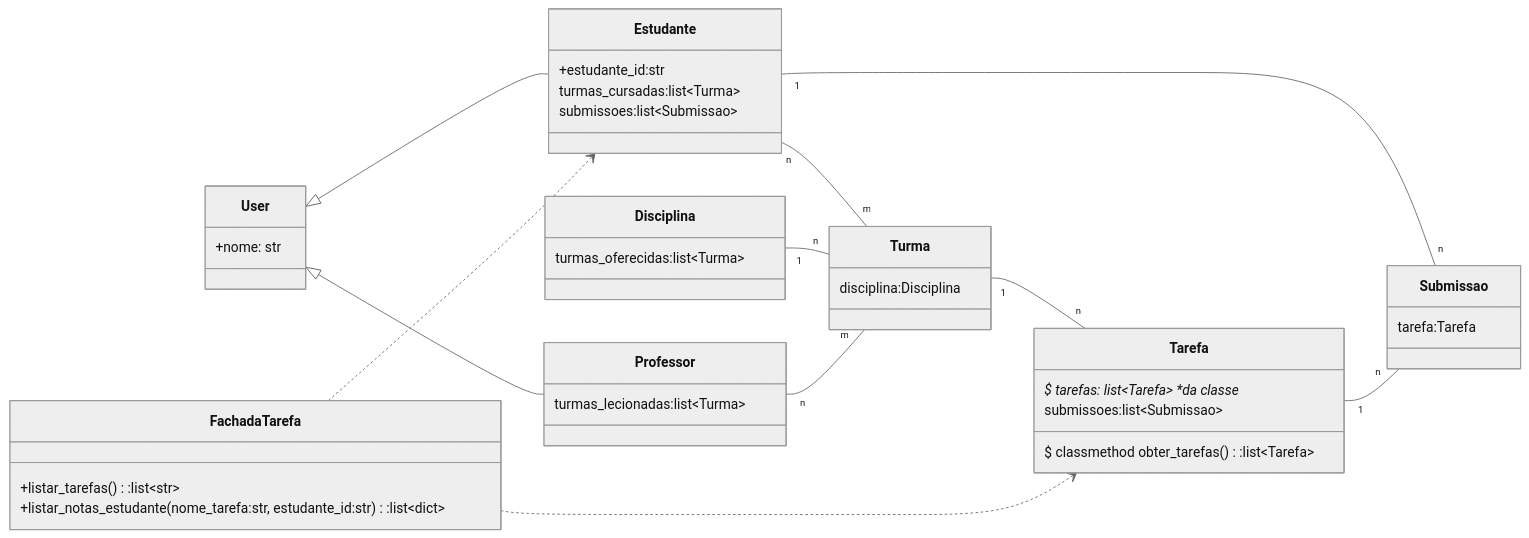
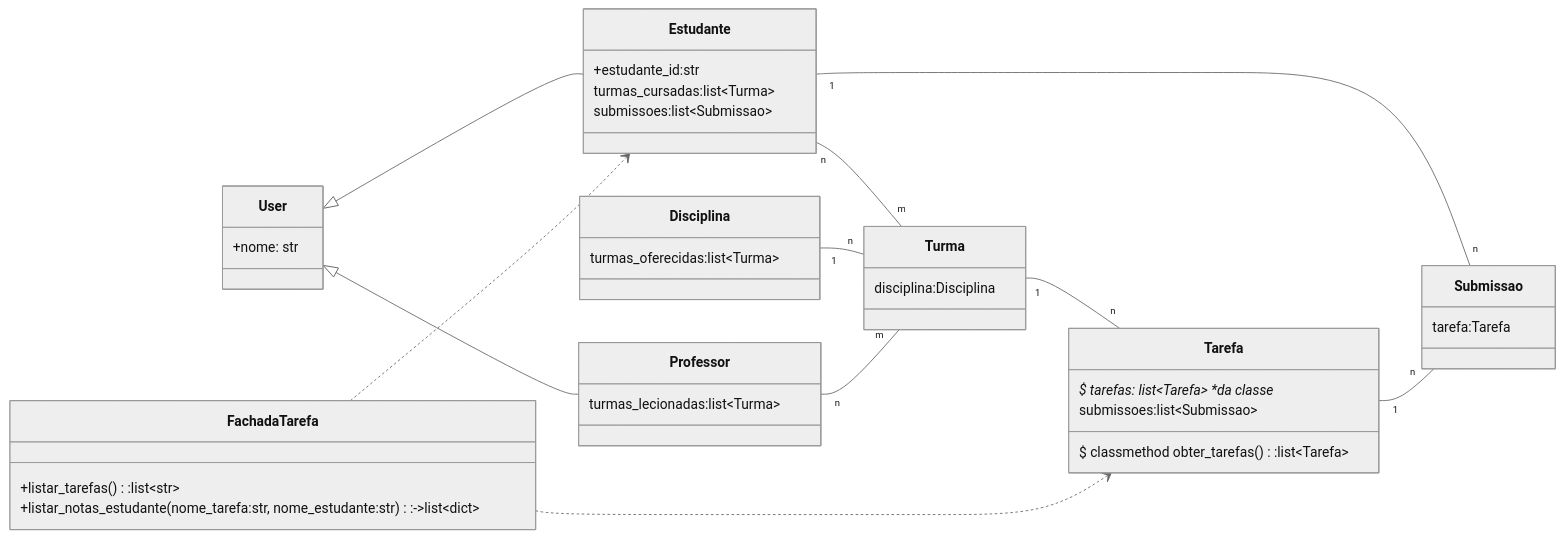
The diagram in classes.md (insper-classroom/Ag22_SimP1), drawn with Mermaid (neutral theme) before and after one commit.

Commit message:
Update classes.md
Atualizacao do listar_notas

````diff
--- a/classes.md
+++ b/classes.md
@@ -8,43 +8,43 @@
 ```mermaid
 classDiagram
 direction LR
 class User {
 +nome: str
 }
 class Professor {
 turmas_lecionadas:list~Turma~ 
 }
 class Estudante {
 +estudante_id:str
 turmas_cursadas:list~Turma~ 
 submissoes:list~Submissao~ 
 }
 class Disciplina {
 turmas_oferecidas:list~Turma~
 }
 class Turma {
 disciplina:Disciplina
 }
 class Tarefa {
 $ tarefas: list~Tarefa~ *da classe*
 submissoes:list~Submissao~
 $ classmethod obter_tarefas():list~Tarefa~ 
 }
 class Submissao {
 tarefa:Tarefa
 }
 class FachadaTarefa{
 +listar_tarefas():list~str~
-+listar_notas_estudante(nome_tarefa:str, estudante_id:str):list~dict~
++listar_notas_estudante(nome_tarefa:str, nome_estudante:str):->list~dict~
 }
 Estudante "n" -- "m" Turma 
 Estudante "1" -- "n" Submissao 
 Tarefa "1" -- "n" Submissao
 Turma "1" -- "n" Tarefa
 Disciplina "1" -- "n" Turma 
 Professor "n" -- "m" Turma
 User <|-- Estudante
 User <|-- Professor
 FachadaTarefa ..> Tarefa 
 FachadaTarefa ..> Estudante
 ```
````
